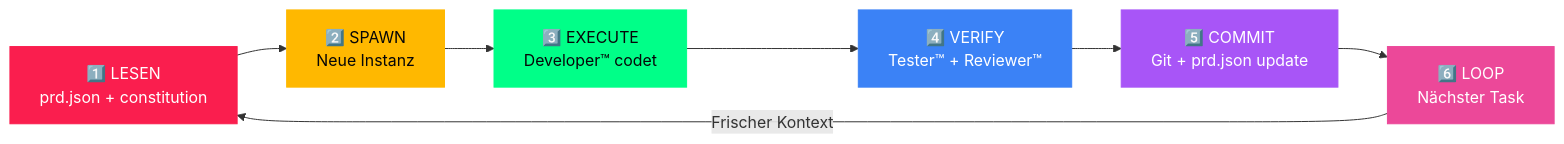
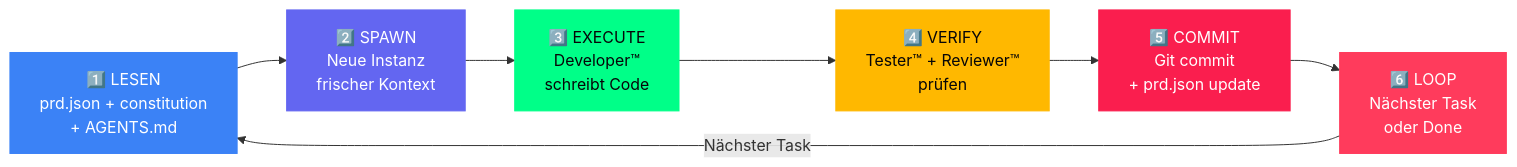
Before and after one commit to D-VKITZ/bmad-framework: the second of 2 diagrams in README.md, drawn with Mermaid. The commit also changed other lines of this file and 8 other files, not shown here.

Commit message:
feat(bmad): Premium READMEs + Issue Templates — 17+ Badges, Mermaid, 4500+ Zeilen

````diff
--- a/README.md
+++ b/README.md
@@ -55,16 +109,19 @@
 ```mermaid
 graph LR
-    A["1️⃣ LESEN<br/>prd.json + constitution"] --> B["2️⃣ SPAWN<br/>Neue Instanz"]
-    B --> C["3️⃣ EXECUTE<br/>Developer™ codet"]
-    C --> D["4️⃣ VERIFY<br/>Tester™ + Reviewer™"]
-    D --> E["5️⃣ COMMIT<br/>Git + prd.json update"]
-    E --> F["6️⃣ LOOP<br/>Nächster Task"]
-    F -->|"Frischer Kontext"| A
-    
-    style A fill:#fa1e4e,color:#fff,stroke:#fa1e4e
-    style B fill:#ffb800,color:#060608,stroke:#ffb800
-    style C fill:#00ff88,color:#060608,stroke:#00ff88
-    style D fill:#3b82f6,color:#fff,stroke:#3b82f6
-    style E fill:#a855f7,color:#fff,stroke:#a855f7
-    style F fill:#ec4899,color:#fff,stroke:#ec4899
+    L["1️⃣ LESEN<br/>prd.json + constitution<br/>+ AGENTS.md"]
+    S["2️⃣ SPAWN<br/>Neue Instanz<br/>frischer Kontext"]
+    E["3️⃣ EXECUTE<br/>Developer™<br/>schreibt Code"]
+    V["4️⃣ VERIFY<br/>Tester™ + Reviewer™<br/>prüfen"]
+    C["5️⃣ COMMIT<br/>Git commit<br/>+ prd.json update"]
+    LP["6️⃣ LOOP<br/>Nächster Task<br/>oder Done"]
+
+    L --> S --> E --> V --> C --> LP
+    LP -->|Nächster Task| L
+
+    style L fill:#3b82f6,stroke:#3b82f6,color:#fff
+    style S fill:#6366f1,stroke:#6366f1,color:#fff
+    style E fill:#00ff88,stroke:#00ff88,color:#060608
+    style V fill:#ffb800,stroke:#ffb800,color:#060608
+    style C fill:#fa1e4e,stroke:#fa1e4e,color:#fff
+    style LP fill:#ff3b5c,stroke:#ff3b5c,color:#fff
 ```
````
